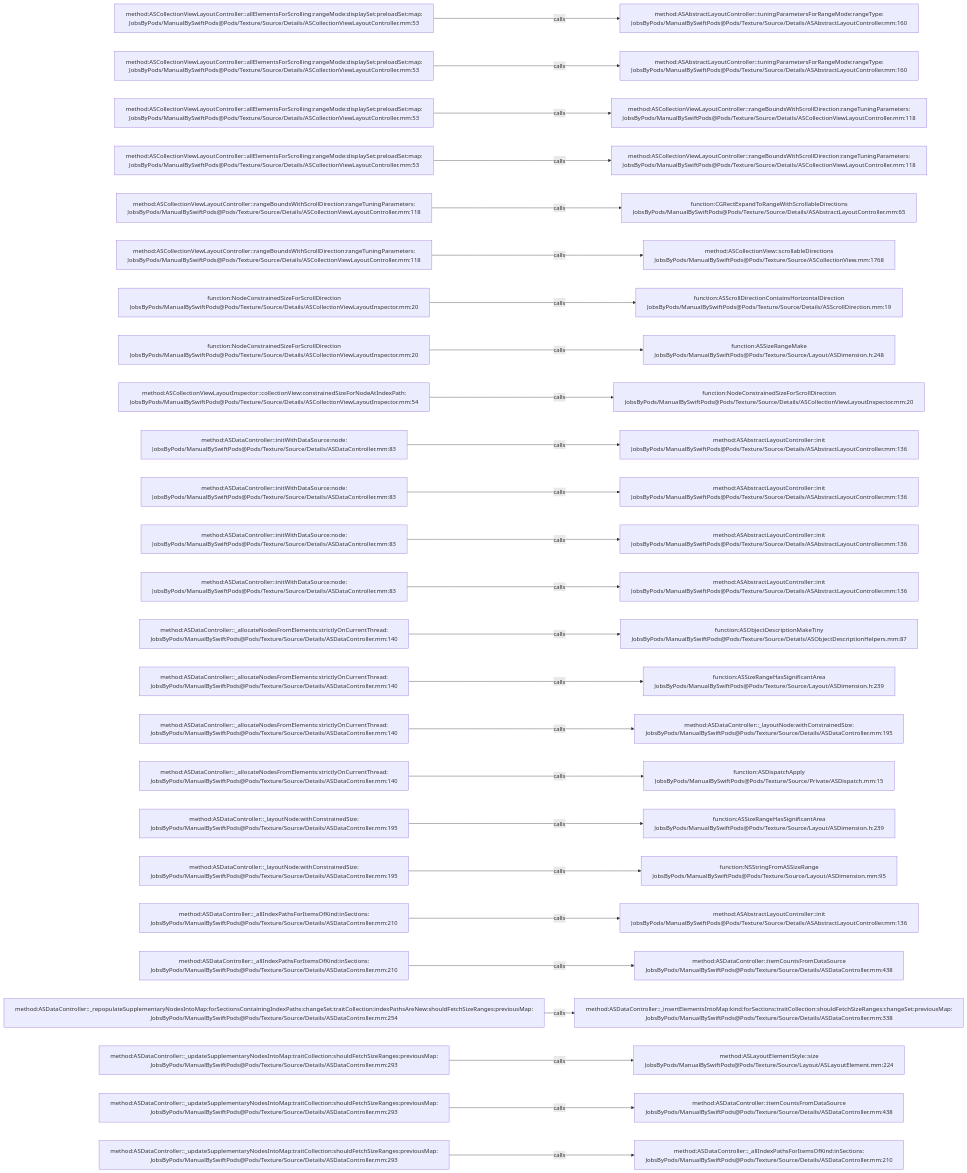
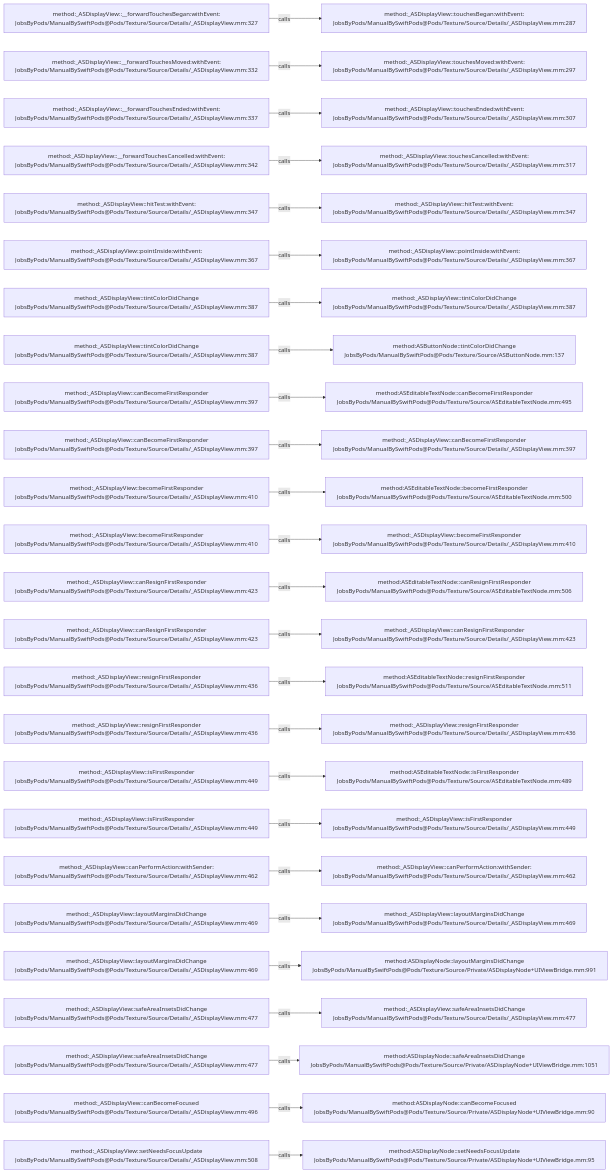
One commit to JobsKits/JobsSwiftBaseConfigDemo changed the diagram in .codegraph/codegraph.md/graphs/calls-103.md. Above: the diagram before and after it, drawn with Mermaid. The commit also changed 832 other files, not shown here.

````diff
--- a/.codegraph/codegraph.md/graphs/calls-103.md
+++ b/.codegraph/codegraph.md/graphs/calls-103.md
@@ -13,78 +13,78 @@
 ```mermaid
 flowchart LR
-  S1["method:ASCollectionViewLayoutController::allElementsForScrolling:rangeMode:displaySet:preloadSet:map:<br/>JobsByPods/ManualBySwiftPods@Pods/Texture/Source/Details/ASCollectionViewLayoutController.mm:53"]
-  T1["method:ASAbstractLayoutController::tuningParametersForRangeMode:rangeType:<br/>JobsByPods/ManualBySwiftPods@Pods/Texture/Source/Details/ASAbstractLayoutController.mm:160"]
+  S1["method:_ASDisplayView::__forwardTouchesBegan:withEvent:<br/>JobsByPods/ManualBySwiftPods@Pods/Texture/Source/Details/_ASDisplayView.mm:327"]
+  T1["method:_ASDisplayView::touchesBegan:withEvent:<br/>JobsByPods/ManualBySwiftPods@Pods/Texture/Source/Details/_ASDisplayView.mm:287"]
   S1 -->|calls| T1
-  S2["method:ASCollectionViewLayoutController::allElementsForScrolling:rangeMode:displaySet:preloadSet:map:<br/>JobsByPods/ManualBySwiftPods@Pods/Texture/Source/Details/ASCollectionViewLayoutController.mm:53"]
-  T2["method:ASAbstractLayoutController::tuningParametersForRangeMode:rangeType:<br/>JobsByPods/ManualBySwiftPods@Pods/Texture/Source/Details/ASAbstractLayoutController.mm:160"]
+  S2["method:_ASDisplayView::__forwardTouchesMoved:withEvent:<br/>JobsByPods/ManualBySwiftPods@Pods/Texture/Source/Details/_ASDisplayView.mm:332"]
+  T2["method:_ASDisplayView::touchesMoved:withEvent:<br/>JobsByPods/ManualBySwiftPods@Pods/Texture/Source/Details/_ASDisplayView.mm:297"]
   S2 -->|calls| T2
-  S3["method:ASCollectionViewLayoutController::allElementsForScrolling:rangeMode:displaySet:preloadSet:map:<br/>JobsByPods/ManualBySwiftPods@Pods/Texture/Source/Details/ASCollectionViewLayoutController.mm:53"]
-  T3["method:ASCollectionViewLayoutController::rangeBoundsWithScrollDirection:rangeTuningParameters:<br/>JobsByPods/ManualBySwiftPods@Pods/Texture/Source/Details/ASCollectionViewLayoutController.mm:118"]
+  S3["method:_ASDisplayView::__forwardTouchesEnded:withEvent:<br/>JobsByPods/ManualBySwiftPods@Pods/Texture/Source/Details/_ASDisplayView.mm:337"]
+  T3["method:_ASDisplayView::touchesEnded:withEvent:<br/>JobsByPods/ManualBySwiftPods@Pods/Texture/Source/Details/_ASDisplayView.mm:307"]
   S3 -->|calls| T3
-  S4["method:ASCollectionViewLayoutController::allElementsForScrolling:rangeMode:displaySet:preloadSet:map:<br/>JobsByPods/ManualBySwiftPods@Pods/Texture/Source/Details/ASCollectionViewLayoutController.mm:53"]
-  T4["method:ASCollectionViewLayoutController::rangeBoundsWithScrollDirection:rangeTuningParameters:<br/>JobsByPods/ManualBySwiftPods@Pods/Texture/Source/Details/ASCollectionViewLayoutController.mm:118"]
+  S4["method:_ASDisplayView::__forwardTouchesCancelled:withEvent:<br/>JobsByPods/ManualBySwiftPods@Pods/Texture/Source/Details/_ASDisplayView.mm:342"]
+  T4["method:_ASDisplayView::touchesCancelled:withEvent:<br/>JobsByPods/ManualBySwiftPods@Pods/Texture/Source/Details/_ASDisplayView.mm:317"]
   S4 -->|calls| T4
-  S5["method:ASCollectionViewLayoutController::rangeBoundsWithScrollDirection:rangeTuningParameters:<br/>JobsByPods/ManualBySwiftPods@Pods/Texture/Source/Details/ASCollectionViewLayoutController.mm:118"]
-  T5["function:CGRectExpandToRangeWithScrollableDirections<br/>JobsByPods/ManualBySwiftPods@Pods/Texture/Source/Details/ASAbstractLayoutController.mm:65"]
+  S5["method:_ASDisplayView::hitTest:withEvent:<br/>JobsByPods/ManualBySwiftPods@Pods/Texture/Source/Details/_ASDisplayView.mm:347"]
+  T5["method:_ASDisplayView::hitTest:withEvent:<br/>JobsByPods/ManualBySwiftPods@Pods/Texture/Source/Details/_ASDisplayView.mm:347"]
   S5 -->|calls| T5
-  S6["method:ASCollectionViewLayoutController::rangeBoundsWithScrollDirection:rangeTuningParameters:<br/>JobsByPods/ManualBySwiftPods@Pods/Texture/Source/Details/ASCollectionViewLayoutController.mm:118"]
-  T6["method:ASCollectionView::scrollableDirections<br/>JobsByPods/ManualBySwiftPods@Pods/Texture/Source/ASCollectionView.mm:1768"]
+  S6["method:_ASDisplayView::pointInside:withEvent:<br/>JobsByPods/ManualBySwiftPods@Pods/Texture/Source/Details/_ASDisplayView.mm:367"]
+  T6["method:_ASDisplayView::pointInside:withEvent:<br/>JobsByPods/ManualBySwiftPods@Pods/Texture/Source/Details/_ASDisplayView.mm:367"]
   S6 -->|calls| T6
-  S7["function:NodeConstrainedSizeForScrollDirection<br/>JobsByPods/ManualBySwiftPods@Pods/Texture/Source/Details/ASCollectionViewLayoutInspector.mm:20"]
-  T7["function:ASScrollDirectionContainsHorizontalDirection<br/>JobsByPods/ManualBySwiftPods@Pods/Texture/Source/Details/ASScrollDirection.mm:19"]
+  S7["method:_ASDisplayView::tintColorDidChange<br/>JobsByPods/ManualBySwiftPods@Pods/Texture/Source/Details/_ASDisplayView.mm:387"]
+  T7["method:_ASDisplayView::tintColorDidChange<br/>JobsByPods/ManualBySwiftPods@Pods/Texture/Source/Details/_ASDisplayView.mm:387"]
   S7 -->|calls| T7
-  S8["function:NodeConstrainedSizeForScrollDirection<br/>JobsByPods/ManualBySwiftPods@Pods/Texture/Source/Details/ASCollectionViewLayoutInspector.mm:20"]
-  T8["function:ASSizeRangeMake<br/>JobsByPods/ManualBySwiftPods@Pods/Texture/Source/Layout/ASDimension.h:248"]
+  S8["method:_ASDisplayView::tintColorDidChange<br/>JobsByPods/ManualBySwiftPods@Pods/Texture/Source/Details/_ASDisplayView.mm:387"]
+  T8["method:ASButtonNode::tintColorDidChange<br/>JobsByPods/ManualBySwiftPods@Pods/Texture/Source/ASButtonNode.mm:137"]
   S8 -->|calls| T8
-  S9["method:ASCollectionViewLayoutInspector::collectionView:constrainedSizeForNodeAtIndexPath:<br/>JobsByPods/ManualBySwiftPods@Pods/Texture/Source/Details/ASCollectionViewLayoutInspector.mm:54"]
-  T9["function:NodeConstrainedSizeForScrollDirection<br/>JobsByPods/ManualBySwiftPods@Pods/Texture/Source/Details/ASCollectionViewLayoutInspector.mm:20"]
+  S9["method:_ASDisplayView::canBecomeFirstResponder<br/>JobsByPods/ManualBySwiftPods@Pods/Texture/Source/Details/_ASDisplayView.mm:397"]
+  T9["method:ASEditableTextNode::canBecomeFirstResponder<br/>JobsByPods/ManualBySwiftPods@Pods/Texture/Source/ASEditableTextNode.mm:495"]
   S9 -->|calls| T9
-  S10["method:ASDataController::initWithDataSource:node:<br/>JobsByPods/ManualBySwiftPods@Pods/Texture/Source/Details/ASDataController.mm:83"]
-  T10["method:ASAbstractLayoutController::init<br/>JobsByPods/ManualBySwiftPods@Pods/Texture/Source/Details/ASAbstractLayoutController.mm:136"]
+  S10["method:_ASDisplayView::canBecomeFirstResponder<br/>JobsByPods/ManualBySwiftPods@Pods/Texture/Source/Details/_ASDisplayView.mm:397"]
+  T10["method:_ASDisplayView::canBecomeFirstResponder<br/>JobsByPods/ManualBySwiftPods@Pods/Texture/Source/Details/_ASDisplayView.mm:397"]
   S10 -->|calls| T10
-  S11["method:ASDataController::initWithDataSource:node:<br/>JobsByPods/ManualBySwiftPods@Pods/Texture/Source/Details/ASDataController.mm:83"]
-  T11["method:ASAbstractLayoutController::init<br/>JobsByPods/ManualBySwiftPods@Pods/Texture/Source/Details/ASAbstractLayoutController.mm:136"]
+  S11["method:_ASDisplayView::becomeFirstResponder<br/>JobsByPods/ManualBySwiftPods@Pods/Texture/Source/Details/_ASDisplayView.mm:410"]
+  T11["method:ASEditableTextNode::becomeFirstResponder<br/>JobsByPods/ManualBySwiftPods@Pods/Texture/Source/ASEditableTextNode.mm:500"]
   S11 -->|calls| T11
-  S12["method:ASDataController::initWithDataSource:node:<br/>JobsByPods/ManualBySwiftPods@Pods/Texture/Source/Details/ASDataController.mm:83"]
-  T12["method:ASAbstractLayoutController::init<br/>JobsByPods/ManualBySwiftPods@Pods/Texture/Source/Details/ASAbstractLayoutController.mm:136"]
+  S12["method:_ASDisplayView::becomeFirstResponder<br/>JobsByPods/ManualBySwiftPods@Pods/Texture/Source/Details/_ASDisplayView.mm:410"]
+  T12["method:_ASDisplayView::becomeFirstResponder<br/>JobsByPods/ManualBySwiftPods@Pods/Texture/Source/Details/_ASDisplayView.mm:410"]
   S12 -->|calls| T12
-  S13["method:ASDataController::initWithDataSource:node:<br/>JobsByPods/ManualBySwiftPods@Pods/Texture/Source/Details/ASDataController.mm:83"]
-  T13["method:ASAbstractLayoutController::init<br/>JobsByPods/ManualBySwiftPods@Pods/Texture/Source/Details/ASAbstractLayoutController.mm:136"]
+  S13["method:_ASDisplayView::canResignFirstResponder<br/>JobsByPods/ManualBySwiftPods@Pods/Texture/Source/Details/_ASDisplayView.mm:423"]
+  T13["method:ASEditableTextNode::canResignFirstResponder<br/>JobsByPods/ManualBySwiftPods@Pods/Texture/Source/ASEditableTextNode.mm:506"]
   S13 -->|calls| T13
-  S14["method:ASDataController::_allocateNodesFromElements:strictlyOnCurrentThread:<br/>JobsByPods/ManualBySwiftPods@Pods/Texture/Source/Details/ASDataController.mm:140"]
-  T14["function:ASObjectDescriptionMakeTiny<br/>JobsByPods/ManualBySwiftPods@Pods/Texture/Source/Details/ASObjectDescriptionHelpers.mm:87"]
+  S14["method:_ASDisplayView::canResignFirstResponder<br/>JobsByPods/ManualBySwiftPods@Pods/Texture/Source/Details/_ASDisplayView.mm:423"]
+  T14["method:_ASDisplayView::canResignFirstResponder<br/>JobsByPods/ManualBySwiftPods@Pods/Texture/Source/Details/_ASDisplayView.mm:423"]
   S14 -->|calls| T14
-  S15["method:ASDataController::_allocateNodesFromElements:strictlyOnCurrentThread:<br/>JobsByPods/ManualBySwiftPods@Pods/Texture/Source/Details/ASDataController.mm:140"]
-  T15["function:ASSizeRangeHasSignificantArea<br/>JobsByPods/ManualBySwiftPods@Pods/Texture/Source/Layout/ASDimension.h:239"]
+  S15["method:_ASDisplayView::resignFirstResponder<br/>JobsByPods/ManualBySwiftPods@Pods/Texture/Source/Details/_ASDisplayView.mm:436"]
+  T15["method:ASEditableTextNode::resignFirstResponder<br/>JobsByPods/ManualBySwiftPods@Pods/Texture/Source/ASEditableTextNode.mm:511"]
   S15 -->|calls| T15
-  S16["method:ASDataController::_allocateNodesFromElements:strictlyOnCurrentThread:<br/>JobsByPods/ManualBySwiftPods@Pods/Texture/Source/Details/ASDataController.mm:140"]
-  T16["method:ASDataController::_layoutNode:withConstrainedSize:<br/>JobsByPods/ManualBySwiftPods@Pods/Texture/Source/Details/ASDataController.mm:195"]
+  S16["method:_ASDisplayView::resignFirstResponder<br/>JobsByPods/ManualBySwiftPods@Pods/Texture/Source/Details/_ASDisplayView.mm:436"]
+  T16["method:_ASDisplayView::resignFirstResponder<br/>JobsByPods/ManualBySwiftPods@Pods/Texture/Source/Details/_ASDisplayView.mm:436"]
   S16 -->|calls| T16
-  S17["method:ASDataController::_allocateNodesFromElements:strictlyOnCurrentThread:<br/>JobsByPods/ManualBySwiftPods@Pods/Texture/Source/Details/ASDataController.mm:140"]
-  T17["function:ASDispatchApply<br/>JobsByPods/ManualBySwiftPods@Pods/Texture/Source/Private/ASDispatch.mm:15"]
+  S17["method:_ASDisplayView::isFirstResponder<br/>JobsByPods/ManualBySwiftPods@Pods/Texture/Source/Details/_ASDisplayView.mm:449"]
+  T17["method:ASEditableTextNode::isFirstResponder<br/>JobsByPods/ManualBySwiftPods@Pods/Texture/Source/ASEditableTextNode.mm:489"]
   S17 -->|calls| T17
-  S18["method:ASDataController::_layoutNode:withConstrainedSize:<br/>JobsByPods/ManualBySwiftPods@Pods/Texture/Source/Details/ASDataController.mm:195"]
-  T18["function:ASSizeRangeHasSignificantArea<br/>JobsByPods/ManualBySwiftPods@Pods/Texture/Source/Layout/ASDimension.h:239"]
+  S18["method:_ASDisplayView::isFirstResponder<br/>JobsByPods/ManualBySwiftPods@Pods/Texture/Source/Details/_ASDisplayView.mm:449"]
+  T18["method:_ASDisplayView::isFirstResponder<br/>JobsByPods/ManualBySwiftPods@Pods/Texture/Source/Details/_ASDisplayView.mm:449"]
   S18 -->|calls| T18
-  S19["method:ASDataController::_layoutNode:withConstrainedSize:<br/>JobsByPods/ManualBySwiftPods@Pods/Texture/Source/Details/ASDataController.mm:195"]
-  T19["function:NSStringFromASSizeRange<br/>JobsByPods/ManualBySwiftPods@Pods/Texture/Source/Layout/ASDimension.mm:95"]
+  S19["method:_ASDisplayView::canPerformAction:withSender:<br/>JobsByPods/ManualBySwiftPods@Pods/Texture/Source/Details/_ASDisplayView.mm:462"]
+  T19["method:_ASDisplayView::canPerformAction:withSender:<br/>JobsByPods/ManualBySwiftPods@Pods/Texture/Source/Details/_ASDisplayView.mm:462"]
   S19 -->|calls| T19
-  S20["method:ASDataController::_allIndexPathsForItemsOfKind:inSections:<br/>JobsByPods/ManualBySwiftPods@Pods/Texture/Source/Details/ASDataController.mm:210"]
-  T20["method:ASAbstractLayoutController::init<br/>JobsByPods/ManualBySwiftPods@Pods/Texture/Source/Details/ASAbstractLayoutController.mm:136"]
+  S20["method:_ASDisplayView::layoutMarginsDidChange<br/>JobsByPods/ManualBySwiftPods@Pods/Texture/Source/Details/_ASDisplayView.mm:469"]
+  T20["method:_ASDisplayView::layoutMarginsDidChange<br/>JobsByPods/ManualBySwiftPods@Pods/Texture/Source/Details/_ASDisplayView.mm:469"]
   S20 -->|calls| T20
-  S21["method:ASDataController::_allIndexPathsForItemsOfKind:inSections:<br/>JobsByPods/ManualBySwiftPods@Pods/Texture/Source/Details/ASDataController.mm:210"]
-  T21["method:ASDataController::itemCountsFromDataSource<br/>JobsByPods/ManualBySwiftPods@Pods/Texture/Source/Details/ASDataController.mm:438"]
+  S21["method:_ASDisplayView::layoutMarginsDidChange<br/>JobsByPods/ManualBySwiftPods@Pods/Texture/Source/Details/_ASDisplayView.mm:469"]
+  T21["method:ASDisplayNode::layoutMarginsDidChange<br/>JobsByPods/ManualBySwiftPods@Pods/Texture/Source/Private/ASDisplayNode+UIViewBridge.mm:991"]
   S21 -->|calls| T21
-  S22["method:ASDataController::_repopulateSupplementaryNodesIntoMap:forSectionsContainingIndexPaths:changeSet:traitCollection:indexPathsAreNew:shouldFetchSizeRanges:previousMap:<br/>JobsByPods/ManualBySwiftPods@Pods/Texture/Source/Details/ASDataController.mm:254"]
-  T22["method:ASDataController::_insertElementsIntoMap:kind:forSections:traitCollection:shouldFetchSizeRanges:changeSet:previousMap:<br/>JobsByPods/ManualBySwiftPods@Pods/Texture/Source/Details/ASDataController.mm:338"]
+  S22["method:_ASDisplayView::safeAreaInsetsDidChange<br/>JobsByPods/ManualBySwiftPods@Pods/Texture/Source/Details/_ASDisplayView.mm:477"]
+  T22["method:_ASDisplayView::safeAreaInsetsDidChange<br/>JobsByPods/ManualBySwiftPods@Pods/Texture/Source/Details/_ASDisplayView.mm:477"]
   S22 -->|calls| T22
-  S23["method:ASDataController::_updateSupplementaryNodesIntoMap:traitCollection:shouldFetchSizeRanges:previousMap:<br/>JobsByPods/ManualBySwiftPods@Pods/Texture/Source/Details/ASDataController.mm:293"]
-  T23["method:ASLayoutElementStyle::size<br/>JobsByPods/ManualBySwiftPods@Pods/Texture/Source/Layout/ASLayoutElement.mm:224"]
+  S23["method:_ASDisplayView::safeAreaInsetsDidChange<br/>JobsByPods/ManualBySwiftPods@Pods/Texture/Source/Details/_ASDisplayView.mm:477"]
+  T23["method:ASDisplayNode::safeAreaInsetsDidChange<br/>JobsByPods/ManualBySwiftPods@Pods/Texture/Source/Private/ASDisplayNode+UIViewBridge.mm:1051"]
   S23 -->|calls| T23
-  S24["method:ASDataController::_updateSupplementaryNodesIntoMap:traitCollection:shouldFetchSizeRanges:previousMap:<br/>JobsByPods/ManualBySwiftPods@Pods/Texture/Source/Details/ASDataController.mm:293"]
-  T24["method:ASDataController::itemCountsFromDataSource<br/>JobsByPods/ManualBySwiftPods@Pods/Texture/Source/Details/ASDataController.mm:438"]
+  S24["method:_ASDisplayView::canBecomeFocused<br/>JobsByPods/ManualBySwiftPods@Pods/Texture/Source/Details/_ASDisplayView.mm:496"]
+  T24["method:ASDisplayNode::canBecomeFocused<br/>JobsByPods/ManualBySwiftPods@Pods/Texture/Source/Private/ASDisplayNode+UIViewBridge.mm:90"]
   S24 -->|calls| T24
-  S25["method:ASDataController::_updateSupplementaryNodesIntoMap:traitCollection:shouldFetchSizeRanges:previousMap:<br/>JobsByPods/ManualBySwiftPods@Pods/Texture/Source/Details/ASDataController.mm:293"]
-  T25["method:ASDataController::_allIndexPathsForItemsOfKind:inSections:<br/>JobsByPods/ManualBySwiftPods@Pods/Texture/Source/Details/ASDataController.mm:210"]
+  S25["method:_ASDisplayView::setNeedsFocusUpdate<br/>JobsByPods/ManualBySwiftPods@Pods/Texture/Source/Details/_ASDisplayView.mm:508"]
+  T25["method:ASDisplayNode::setNeedsFocusUpdate<br/>JobsByPods/ManualBySwiftPods@Pods/Texture/Source/Private/ASDisplayNode+UIViewBridge.mm:95"]
   S25 -->|calls| T25
 ```
````
